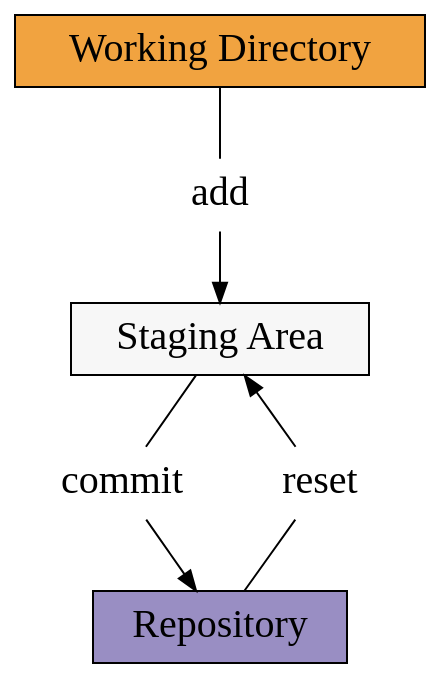
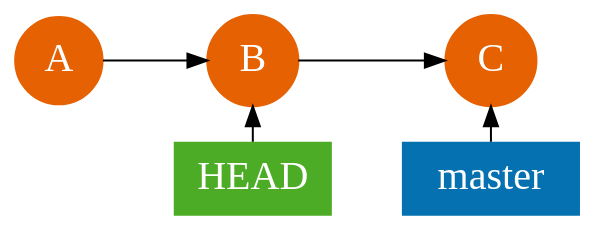
One commit to nirname/git-report changed the first of 10 diagrams in index.md. Above: the diagram before and after it, drawn with Graphviz. The commit also changed other lines of this file and 11 other files, not shown here.

````diff
--- a/index.md
+++ b/index.md
@@ -40,27 +35,33 @@
 ```graphviz
 digraph {
-  graph[bgcolor="transparent"]
-  node[fontsize=20]
+  graph[ splines=false fontname="Arial" bgcolor="transparent" rankdir=LR]
+  node [style="filled" fontcolor="white" fontsize=20]
 
-  subgraph areas {
-    node[shape="rect" style="filled"]
-    wd [fillcolor="#f1a340" label="Working Directory"]
-    sa [fillcolor="#f7f7f7" label="Staging Area"]
-    rp [fillcolor="#998ec3" label="Repository"]
+  subgraph nodes {
+    node [shape="circle" color="#e66101" fillcolor="#e66101"]
+    A B C
   }
 
-  subgraph commands {
-    node[shape="plaintext"]
-    add
-    commit
-    reset
+  { A -> B -> C }
+
+  {
+    node [shape="rect" color="#4dac26" fillcolor="#4dac26"]
+    HEAD
   }
 
-  wd -> add [arrowhead="none"]
-  add -> sa
-  sa -> commit [arrowhead="none"]
-  commit -> rp
-  sa -> reset [dir="back"]
-  reset -> rp [arrowhead="none"]
+  {
+    node [shape="rect" color="#0571b0" fillcolor="#0571b0"]
+    master
+  }
+
+  {
+    rank = same
+    B -> HEAD [dir="back"]
+  }
+
+  {
+    rank = same
+    C -> master [dir="back"]
+  }
 }
 ```
````
